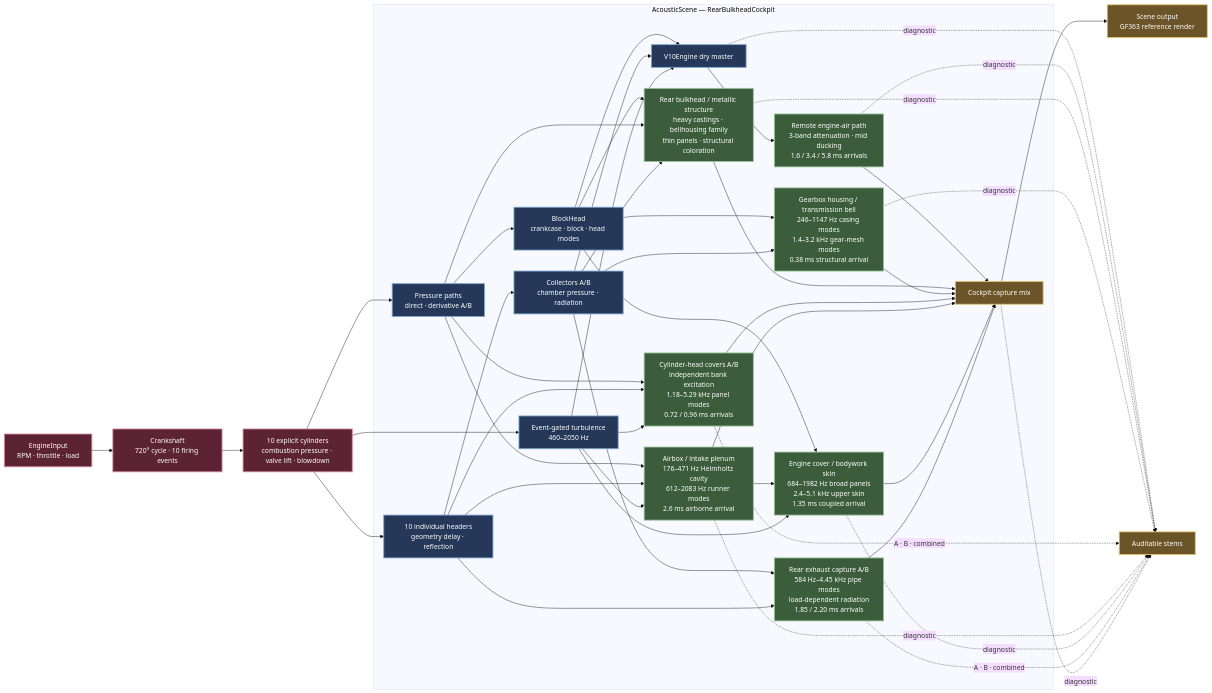
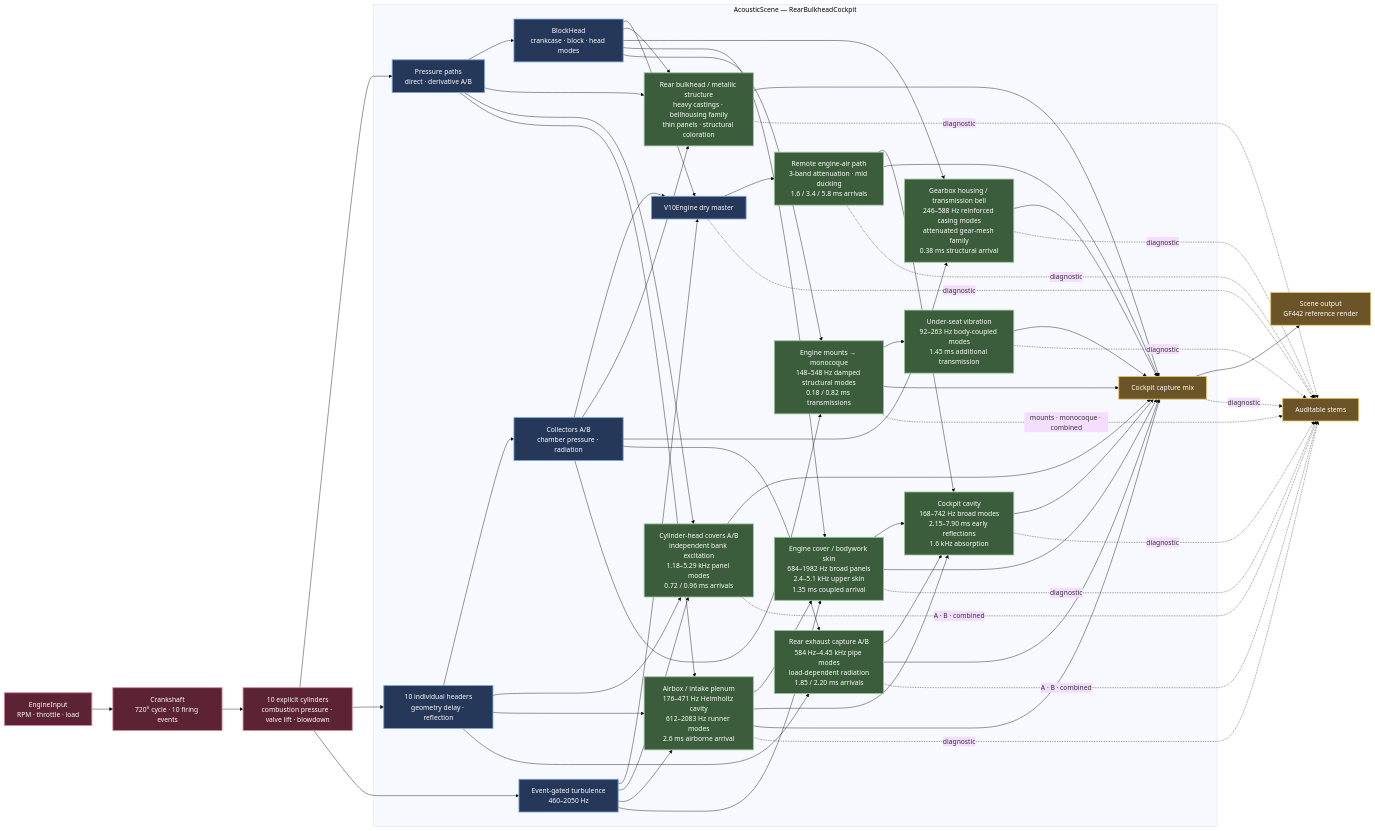
Before and after one commit to Anthony38zrgo-2/formula-90: the diagram in docs/V10_RUST_AUDIO_ARCHITECTURE_CURRENT.md, drawn with Mermaid (base theme). The commit also changed other lines of this file and 3 other files, not shown here.

Commit message:
feat(audio): add low-mid cockpit structural weight

````diff
--- a/docs/V10_RUST_AUDIO_ARCHITECTURE_CURRENT.md
+++ b/docs/V10_RUST_AUDIO_ARCHITECTURE_CURRENT.md
@@ -25,7 +25,7 @@
         PRESSURE --> BULKHEAD
         COLLECTORS --> BULKHEAD
 
-        BLOCK --> GEARBOX["Gearbox housing / transmission bell<br/>246–1147 Hz casing modes<br/>1.4–3.2 kHz gear-mesh modes<br/>0.38 ms structural arrival"]
+        BLOCK --> GEARBOX["Gearbox housing / transmission bell<br/>246–588 Hz reinforced casing modes<br/>attenuated gear-mesh family<br/>0.38 ms structural arrival"]
         COLLECTORS --> GEARBOX
 
         PRESSURE --> COVERS["Cylinder-head covers A/B<br/>independent bank excitation<br/>1.18–5.29 kHz panel modes<br/>0.72 / 0.96 ms arrivals"]
@@ -43,6 +43,15 @@
         COLLECTORS --> REAR["Rear exhaust capture A/B<br/>584 Hz–4.45 kHz pipe modes<br/>load-dependent radiation<br/>1.85 / 2.20 ms arrivals"]
         HEADERS --> REAR
 
+        BLOCK --> MOUNTS["Engine mounts → monocoque<br/>148–548 Hz damped structural modes<br/>0.18 / 0.82 ms transmissions"]
+        COLLECTORS --> MOUNTS
+        MOUNTS --> SEAT["Under-seat vibration<br/>92–263 Hz body-coupled modes<br/>1.45 ms additional transmission"]
+
+        AIR --> COCKPIT["Cockpit cavity<br/>168–742 Hz broad modes<br/>2.15–7.90 ms early reflections<br/>1.6 kHz absorption"]
+        AIRBOX --> COCKPIT
+        COVER --> COCKPIT
+        REAR --> COCKPIT
+
         AIR --> MIX["Cockpit capture mix"]
         BULKHEAD --> MIX
         GEARBOX --> MIX
@@ -50,9 +59,12 @@
         AIRBOX --> MIX
         COVER --> MIX
         REAR --> MIX
+        MOUNTS --> MIX
+        SEAT --> MIX
+        COCKPIT --> MIX
     end
 
-    MIX --> OUTPUT["Scene output<br/>GF363 reference render"]
+    MIX --> OUTPUT["Scene output<br/>GF442 reference render"]
 
     DRY -. diagnostic .-> STEMS["Auditable stems"]
     AIR -. diagnostic .-> STEMS
@@ -62,6 +74,9 @@
     AIRBOX -. diagnostic .-> STEMS
     COVER -. diagnostic .-> STEMS
     REAR -. "A · B · combined" .-> STEMS
+    MOUNTS -. "mounts · monocoque · combined" .-> STEMS
+    SEAT -. diagnostic .-> STEMS
+    COCKPIT -. diagnostic .-> STEMS
     MIX -. diagnostic .-> STEMS
 
     classDef source fill:#5b2333,color:#fff,stroke:#d78a9c,stroke-width:2px;
@@ -70,6 +85,6 @@
     classDef output fill:#6b5428,color:#fff,stroke:#e7c56d,stroke-width:2px;
     class INPUT,CRANK,CYL source;
     class PRESSURE,HEADERS,COLLECTORS,TURB,BLOCK,DRY physical;
-    class AIR,BULKHEAD,GEARBOX,COVERS,AIRBOX,COVER,REAR capture;
+    class AIR,BULKHEAD,GEARBOX,COVERS,AIRBOX,COVER,REAR,MOUNTS,SEAT,COCKPIT capture;
     class MIX,OUTPUT,STEMS output;
 ```
````
